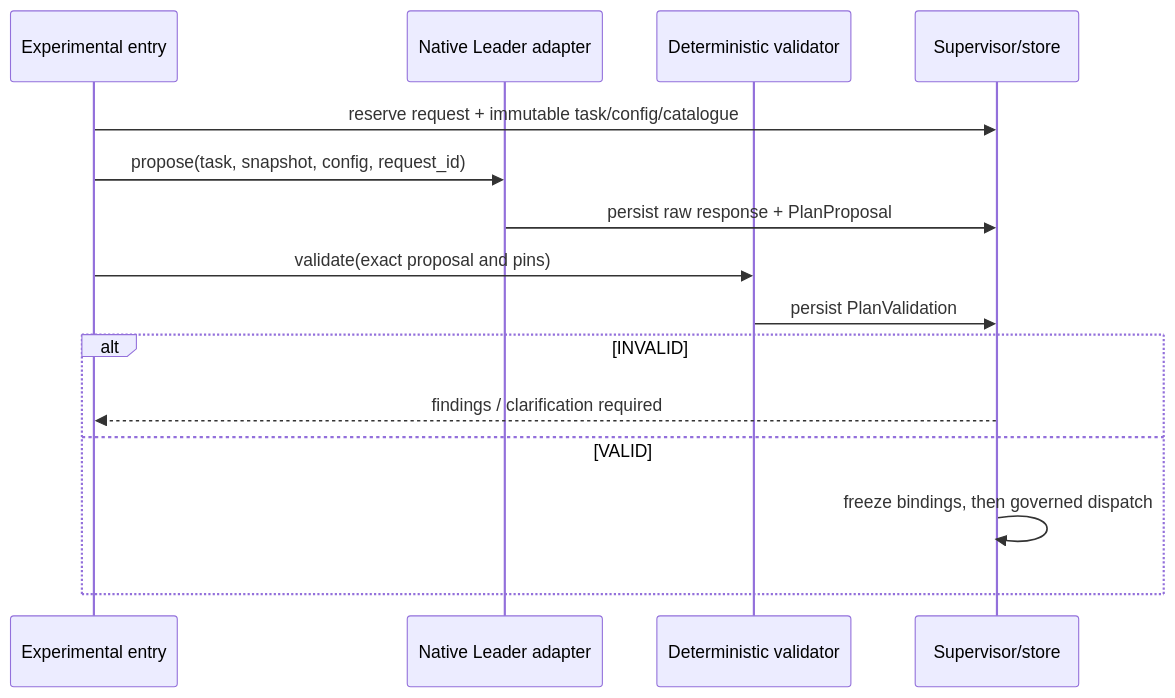
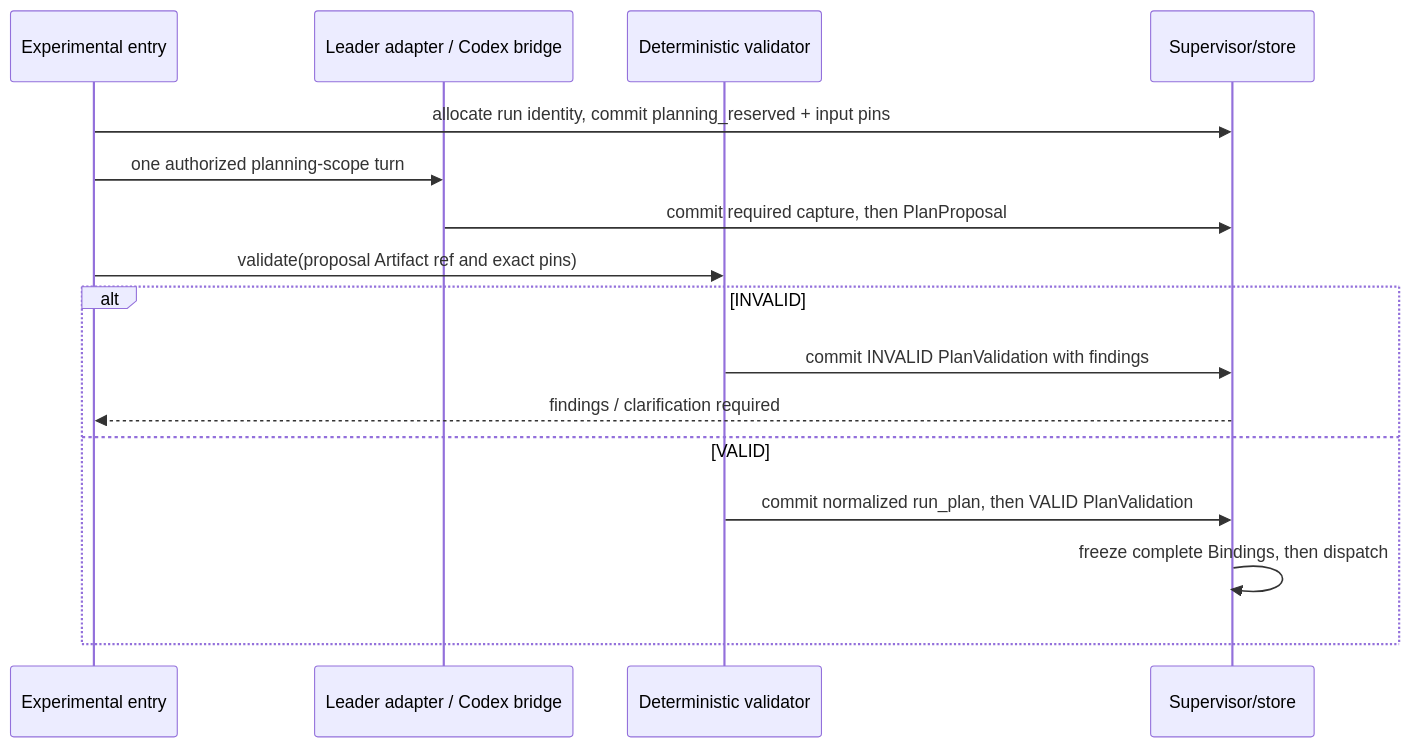
One commit to Stellven/jiuwenswarm changed the first of 2 diagrams in docs/architecture/system/planner.md. Above: the diagram before and after it, drawn with Mermaid. The commit also changed other lines of this file and 55 other files, not shown here.

Commit message:
Clean architecture authority and deepen capsule and planner contracts

````diff
--- a/docs/architecture/system/planner.md
+++ b/docs/architecture/system/planner.md
@@ -33,17 +71,18 @@
 ```mermaid
 sequenceDiagram
     participant E as Experimental entry
-    participant P as Native Leader adapter
+    participant P as Leader adapter / Codex bridge
     participant V as Deterministic validator
     participant S as Supervisor/store
-    E->>S: reserve request + immutable task/config/catalogue
-    E->>P: propose(task, snapshot, config, request_id)
-    P->>S: persist raw response + PlanProposal
-    E->>V: validate(exact proposal and pins)
-    V->>S: persist PlanValidation
+    E->>S: allocate run identity, commit planning_reserved + input pins
+    E->>P: one authorized planning-scope turn
+    P->>S: commit required capture, then PlanProposal
+    E->>V: validate(proposal Artifact ref and exact pins)
     alt INVALID
+        V->>S: commit INVALID PlanValidation with findings
         S-->>E: findings / clarification required
     else VALID
-        S->>S: freeze bindings, then governed dispatch
+        V->>S: commit normalized run_plan, then VALID PlanValidation
+        S->>S: freeze complete Bindings, then dispatch
     end
 ```
````
